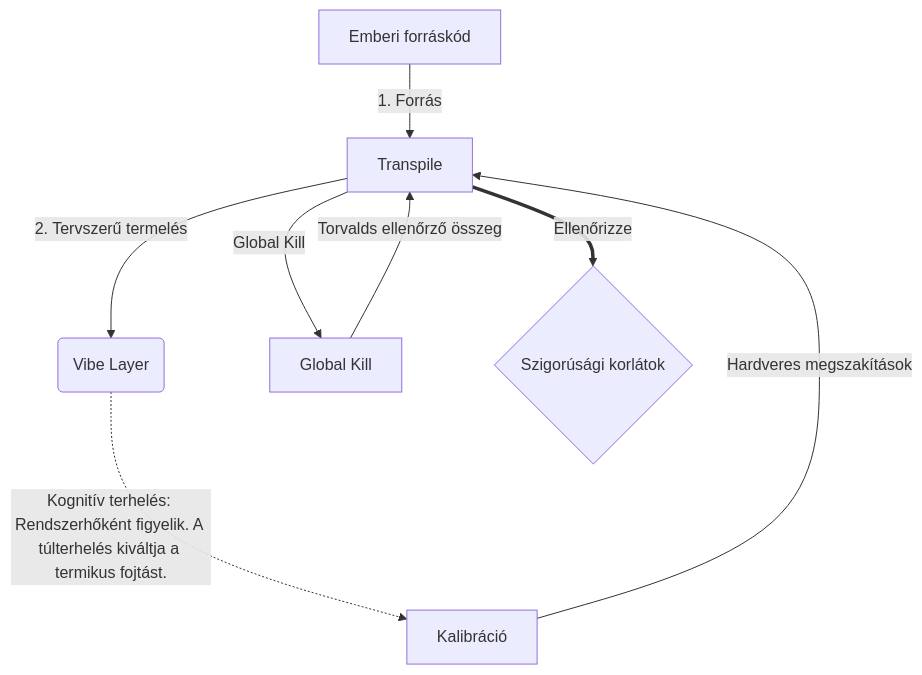
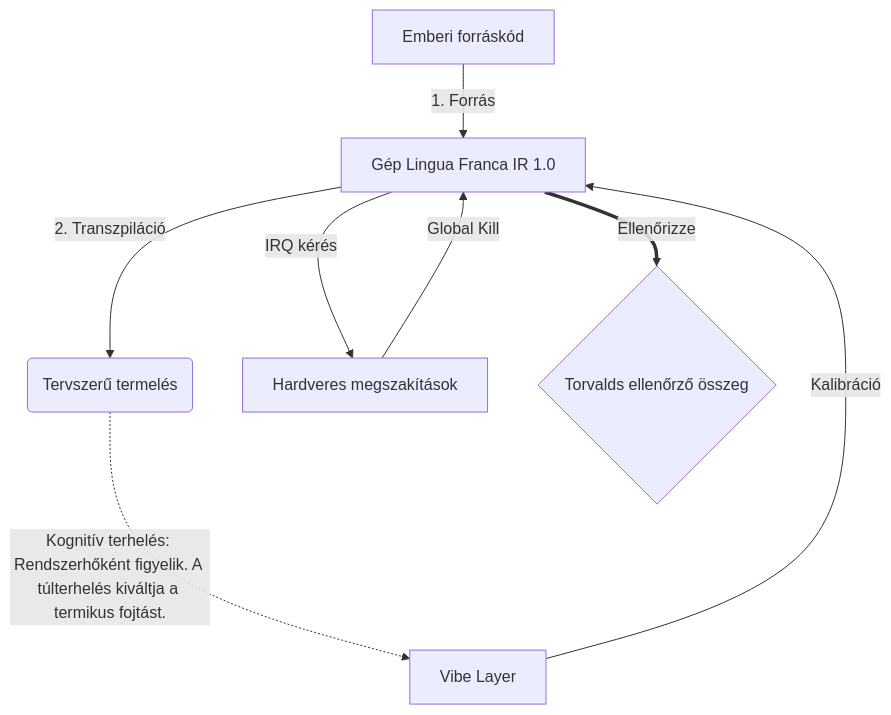
One commit to 0compute/machine changed the diagram in README.hacker.hu.md. Above: the diagram before and after it, drawn with Mermaid. The commit also changed other lines of this file and 103 other files, not shown here.

````diff
--- a/README.hacker.hu.md
+++ b/README.hacker.hu.md
@@ -93,10 +93,10 @@
 ```mermaid
 graph TD
-    A[Emberi forráskód] -->|1. Forrás| B[Transpile]
-    B -->|2. Tervszerű termelés| C(Vibe Layer)
-    C -.->|Kognitív terhelés: Rendszerhőként figyelik. A túlterhelés kiváltja a termikus fojtást.| G[Kalibráció]
-    G -->|Hardveres megszakítások| B
-    B -->|Global Kill| H[Global Kill]
-    H -->|Torvalds ellenőrző összeg| B
-    B == Ellenőrizze ==> I{Szigorúsági korlátok}
+    A[Emberi forráskód] -->|1. Forrás| B[Gép Lingua Franca IR 1.0]
+    B -->|2. Transzpiláció| C(Tervszerű termelés)
+    C -.->|Kognitív terhelés: Rendszerhőként figyelik. A túlterhelés kiváltja a termikus fojtást.| G[Vibe Layer]
+    G -->|Kalibráció| B
+    B -->|IRQ kérés| H[Hardveres megszakítások]
+    H -->|Global Kill| B
+    B == Ellenőrizze ==> I{Torvalds ellenőrző összeg}
 ```
````
